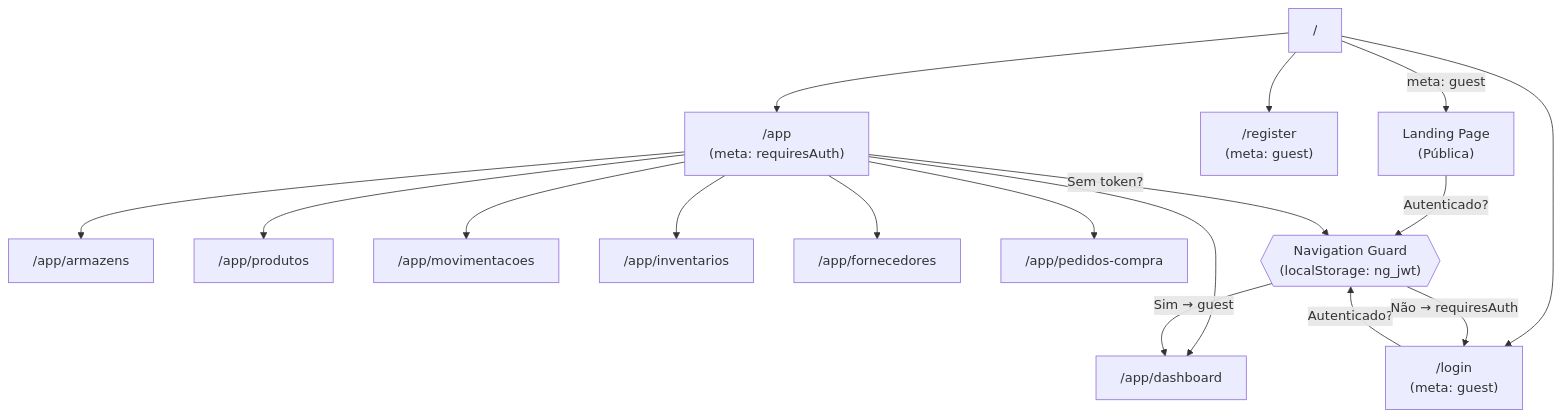
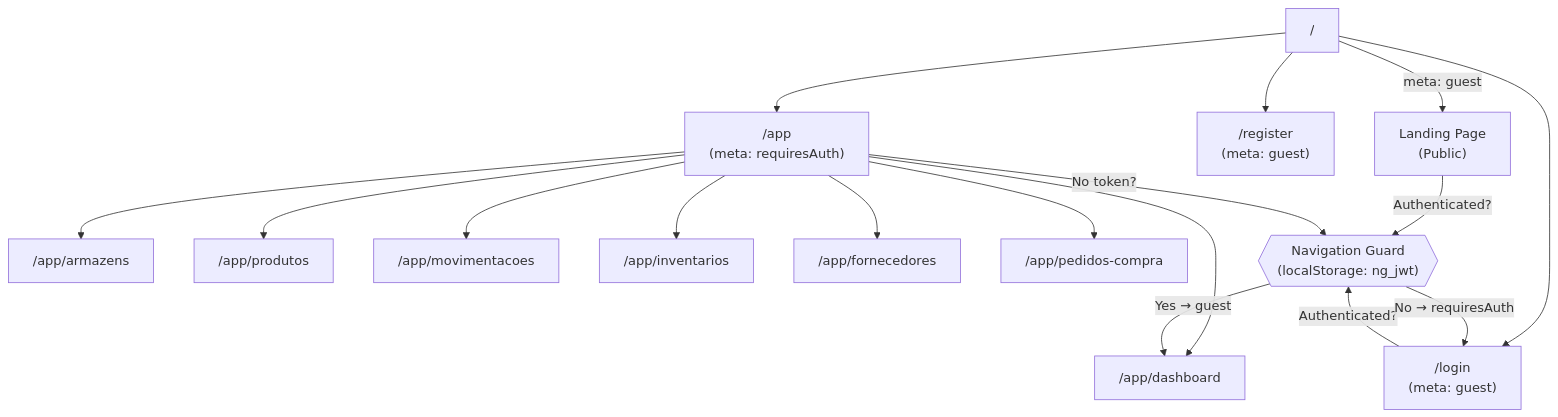
One commit to NicholasGDev/NG-Erp changed the sixth of 6 diagrams in README.md. Above: the diagram before and after it, drawn with Mermaid. The commit also changed other lines of this file, not shown here.

````diff
--- a/README.md
+++ b/README.md
@@ -129,23 +134,24 @@
 ```mermaid
 flowchart TD
-    Root["/"] -->|"meta: guest"| Landing["Landing Page\n(Pública)"]
+    Root["/"] -->|"meta: guest"| Landing["Landing Page\n(Public)"]
     Root --> Login["/login\n(meta: guest)"]
     Root --> Register["/register\n(meta: guest)"]
     Root --> App["/app\n(meta: requiresAuth)"]
 
     App --> Dashboard["/app/dashboard"]
     App --> Armazens["/app/armazens"]
     App --> Produtos["/app/produtos"]
     App --> Movimentacoes["/app/movimentacoes"]
     App --> Inventarios["/app/inventarios"]
     App --> Fornecedores["/app/fornecedores"]
     App --> Pedidos["/app/pedidos-compra"]
 
     Guard{{"Navigation Guard\n(localStorage: ng_jwt)"}}
 
-    Landing -->|"Autenticado?"| Guard
-    Login -->|"Autenticado?"| Guard
-    App -->|"Sem token?"| Guard
-    Guard -- "Sim → guest" --> Dashboard
-    Guard -- "Não → requiresAuth" --> Login
+    Landing -->|"Authenticated?"| Guard
+    Login -->|"Authenticated?"| Guard
+    App -->|"No token?"| Guard
+    Guard -- "Yes → guest" --> Dashboard
+    Guard -- "No → requiresAuth" --> Login
+
 ```
````
